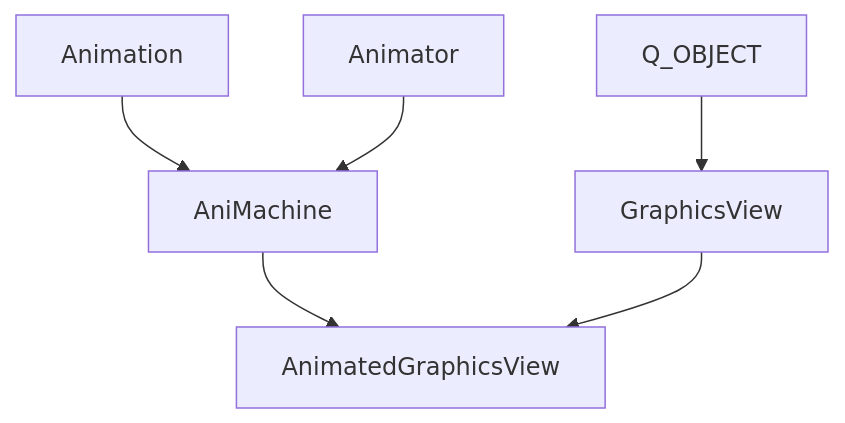
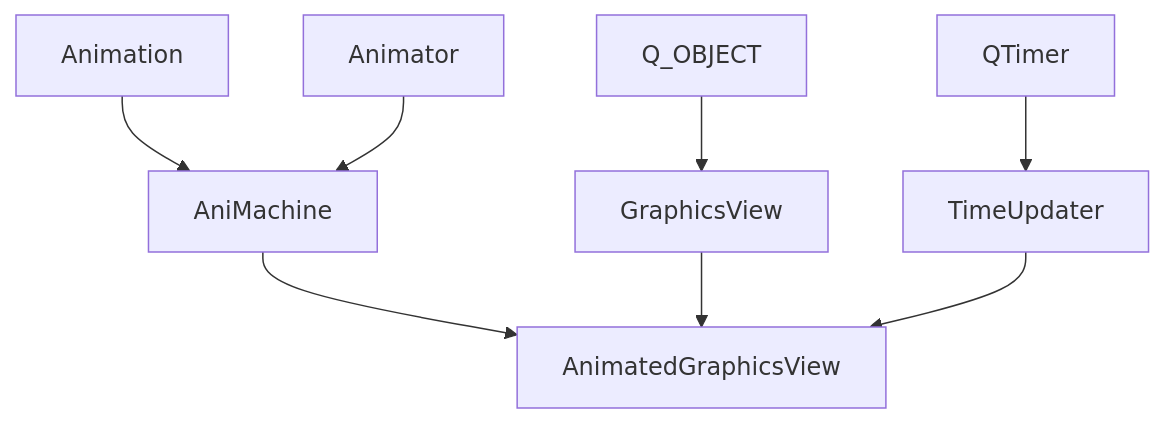
Before and after one commit to Em-GOSS/SuperBox_QT: the first of 2 diagrams in README.md, drawn with Mermaid. The commit also changed other lines of this file, not shown here.

````diff
--- a/README.md
+++ b/README.md
@@ -40,6 +103,7 @@
 ```mermaid
 graph TD;
 Animation-->AniMachine
 Animator-->AniMachine-->AnimatedGraphicsView
 Q_OBJECT-->GraphicsView-->AnimatedGraphicsView
+QTimer-->TimeUpdater-->AnimatedGraphicsView
 ```
````
